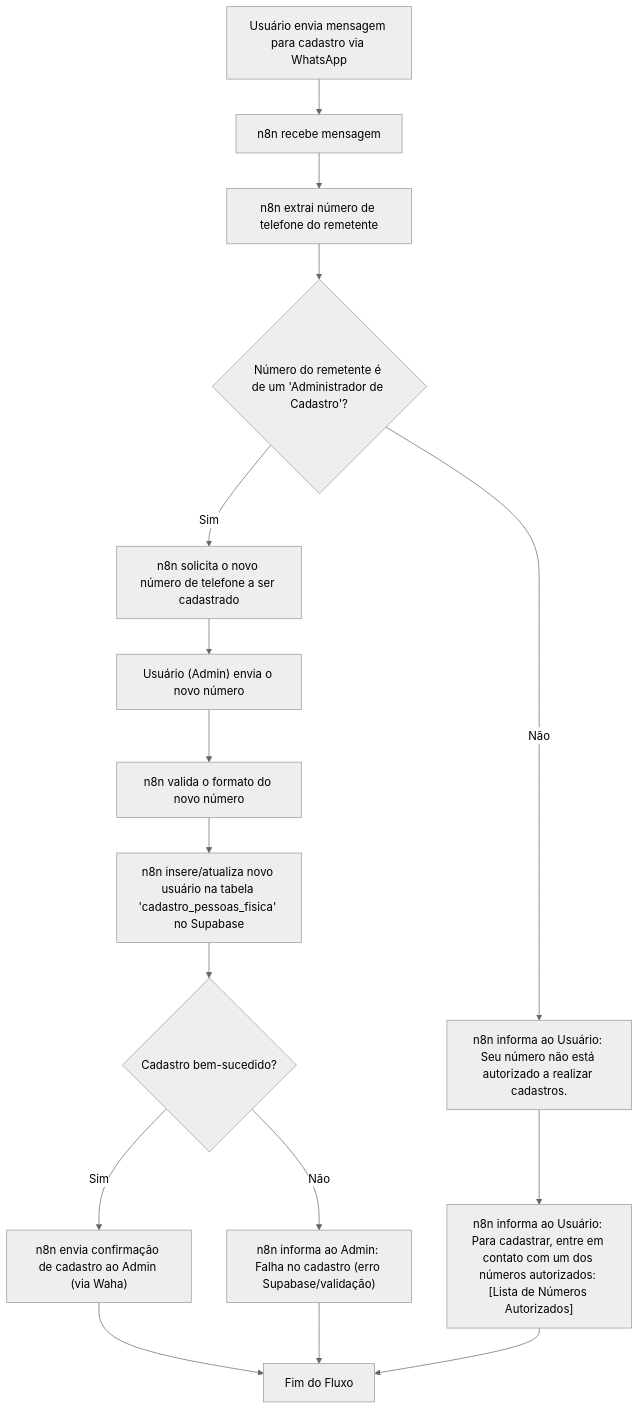
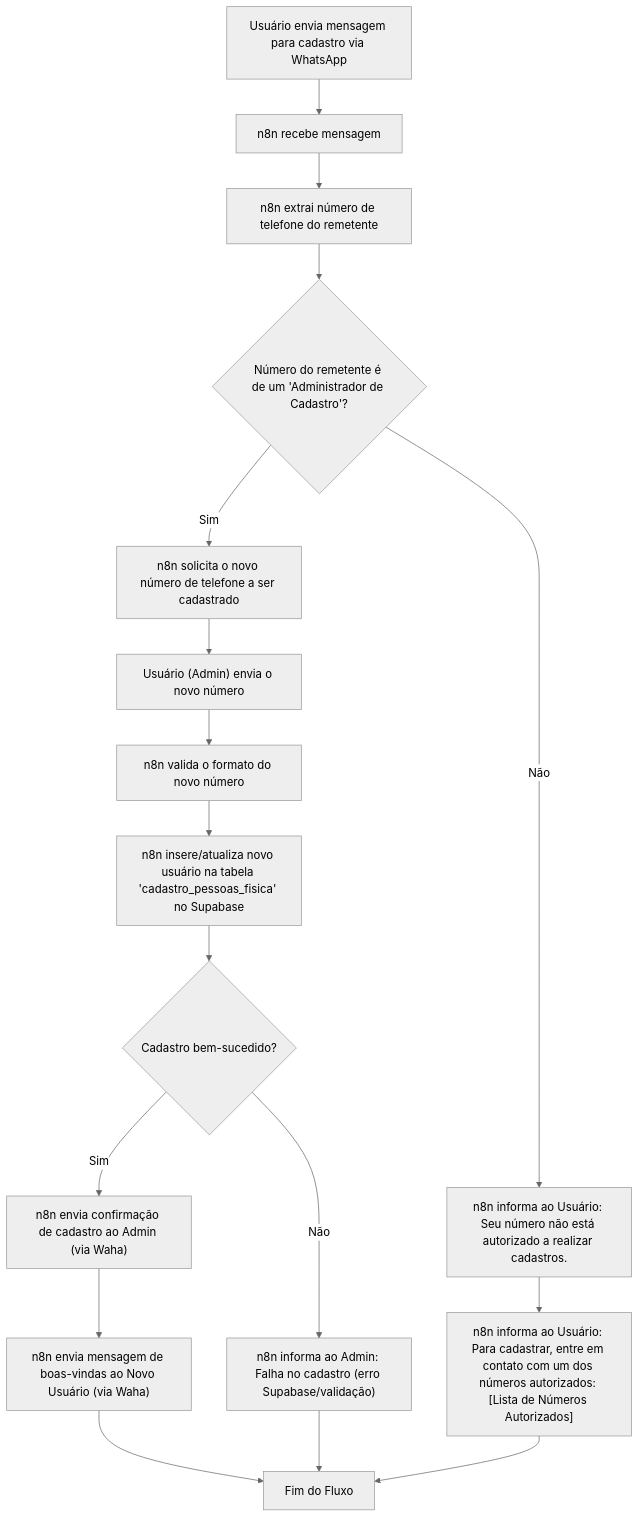
The diagram in 02.docs/03.objetivo/09.8.new_user_registration_flow.mmd (jezer/IAResipa), drawn with Mermaid (neutral theme) before and after one commit. The commit also changed 11 other files, not shown here.

```diff
--- a/02.docs/03.objetivo/09.8.new_user_registration_flow.mmd
+++ b/02.docs/03.objetivo/09.8.new_user_registration_flow.mmd
@@ -1,18 +1,19 @@
 graph TD
     A["Usuário envia mensagem para cadastro via WhatsApp"] --> B["n8n recebe mensagem"]
     B --> C["n8n extrai número de telefone do remetente"]
     C --> D{"Número do remetente é de um 'Administrador de Cadastro'?"}
 
     D -- Sim --> E["n8n solicita o novo número de telefone a ser cadastrado"]
     E --> F["Usuário (Admin) envia o novo número"]
     F --> G["n8n valida o formato do novo número"]
     G --> H["n8n insere/atualiza novo usuário na tabela 'cadastro_pessoas_fisica' no Supabase"]
     H --> I{"Cadastro bem-sucedido?"}
     I -- Sim --> J["n8n envia confirmação de cadastro ao Admin (via Waha)"]
-    J --> Z["Fim do Fluxo"]
+    J --> J1["n8n envia mensagem de boas-vindas ao Novo Usuário (via Waha)"]
+    J1 --> Z["Fim do Fluxo"]
     I -- Não --> K["n8n informa ao Admin: Falha no cadastro (erro Supabase/validação)"]
     K --> Z
 
     D -- Não --> L["n8n informa ao Usuário: Seu número não está autorizado a realizar cadastros."]
     L --> M["n8n informa ao Usuário: Para cadastrar, entre em contato com um dos números autorizados: [Lista de Números Autorizados]"]
     M --> Z
```
